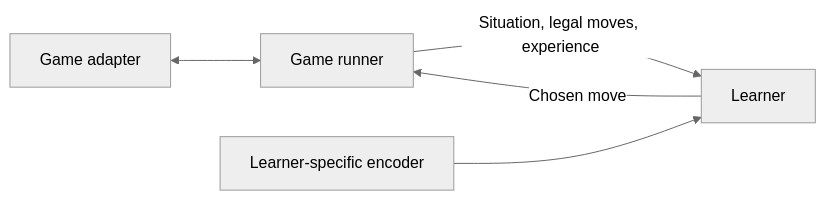
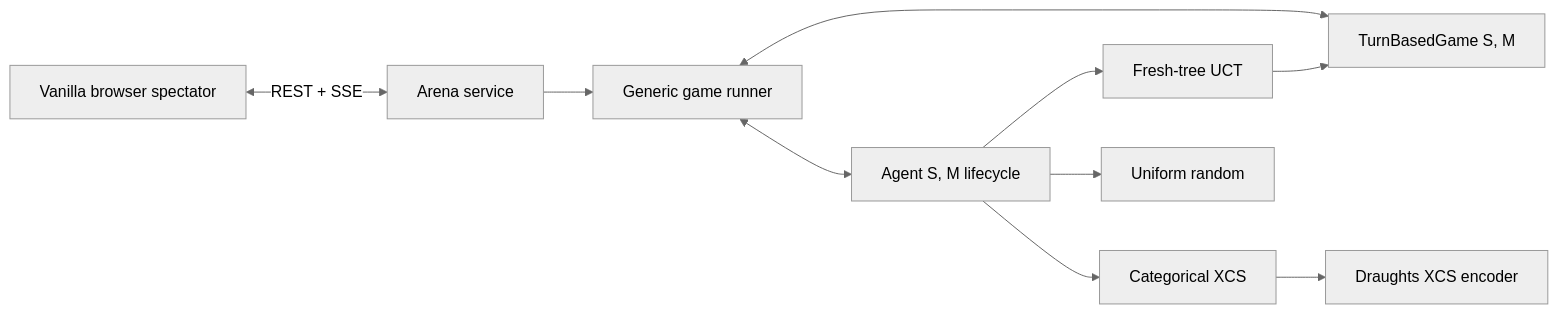
The diagram in docs/lcs-design.md (lukasz-marek/lcs), drawn with Mermaid (neutral theme) before and after one commit. The commit also changed other lines of this file and 136 other files, not shown here.

````diff
--- a/docs/lcs-design.md
+++ b/docs/lcs-design.md
@@ -23,7 +33,12 @@
 ```mermaid
 flowchart LR
-    G[Game adapter] <--> R[Game runner]
-    R -->|Situation, legal moves, experience| L[Learner]
-    L -->|Chosen move| R
-    E[Learner-specific encoder] --> L
+    UI[Vanilla browser spectator] <-->|REST + SSE| Arena[Arena service]
+    Arena --> Runner[Generic game runner]
+    Runner <--> Game[TurnBasedGame S, M]
+    Runner <--> Agent[Agent S, M lifecycle]
+    Agent --> XCS[Categorical XCS]
+    Agent --> MCTS[Fresh-tree UCT]
+    Agent --> Random[Uniform random]
+    XCS --> Encoder[Draughts XCS encoder]
+    MCTS --> Game
 ```
````
